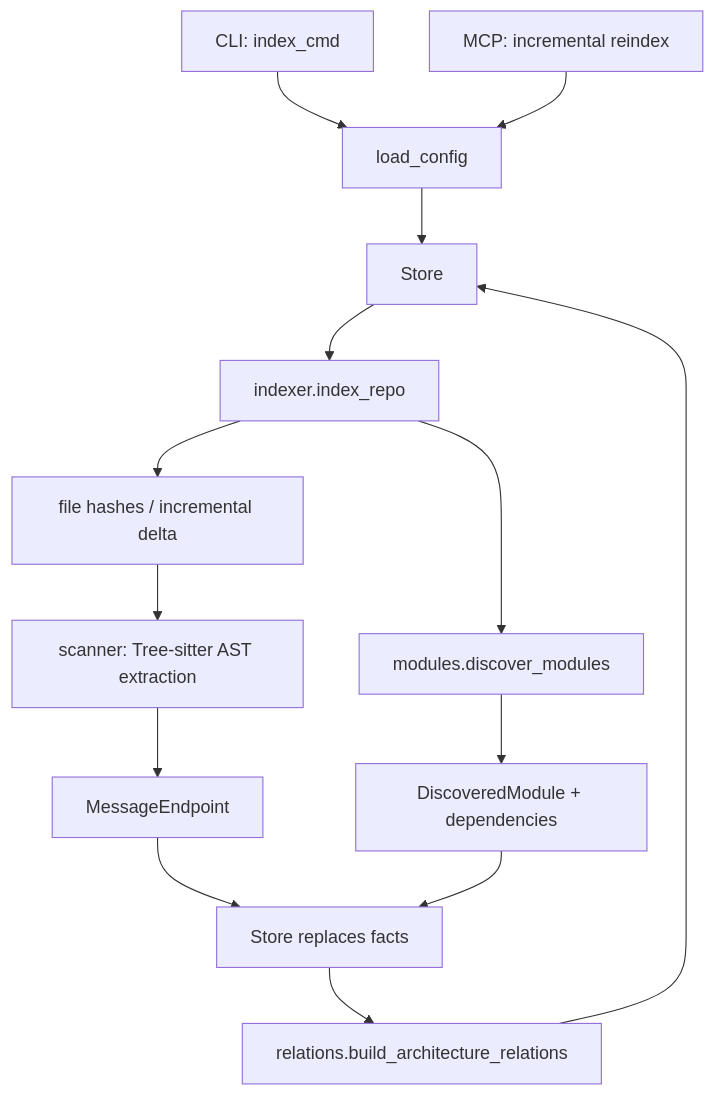
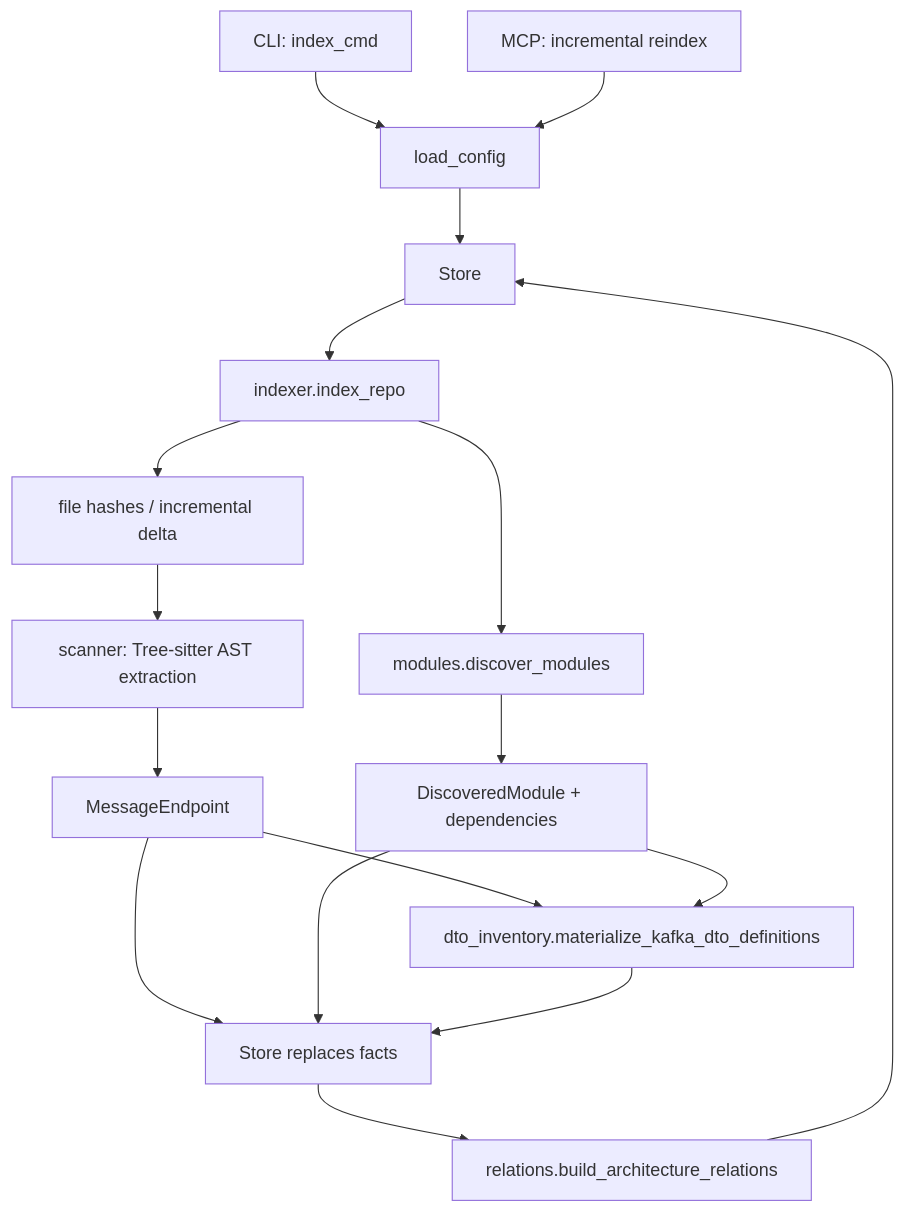
Before and after one commit to elkouhen/systemlens: the first of 2 diagrams in docs/ARCHITECTURE.md, drawn with Mermaid. The commit also changed other lines of this file and 15 other files, not shown here.

Commit message:
simplify graph export architecture

````diff
--- a/docs/ARCHITECTURE.md
+++ b/docs/ARCHITECTURE.md
@@ -47,16 +47,19 @@
 ```mermaid
 flowchart TD
     CLI["CLI: index_cmd"] --> Config["load_config"]
     MCP["MCP: incremental reindex"] --> Config
     Config --> Store["Store"]
     Store --> Indexer["indexer.index_repo"]
     Indexer --> ModuleDiscovery["modules.discover_modules"]
     Indexer --> FileInventory["file hashes / incremental delta"]
     FileInventory --> Scanner["scanner: Tree-sitter AST extraction"]
     Scanner --> Facts["MessageEndpoint"]
     ModuleDiscovery --> ModuleFacts["DiscoveredModule + dependencies"]
     Facts --> Persist["Store replaces facts"]
     ModuleFacts --> Persist
+    Facts --> DTOInventory["dto_inventory.materialize_kafka_dto_definitions"]
+    ModuleFacts --> DTOInventory
+    DTOInventory --> Persist
     Persist --> Relations["relations.build_architecture_relations"]
     Relations --> Store
 ```
````
